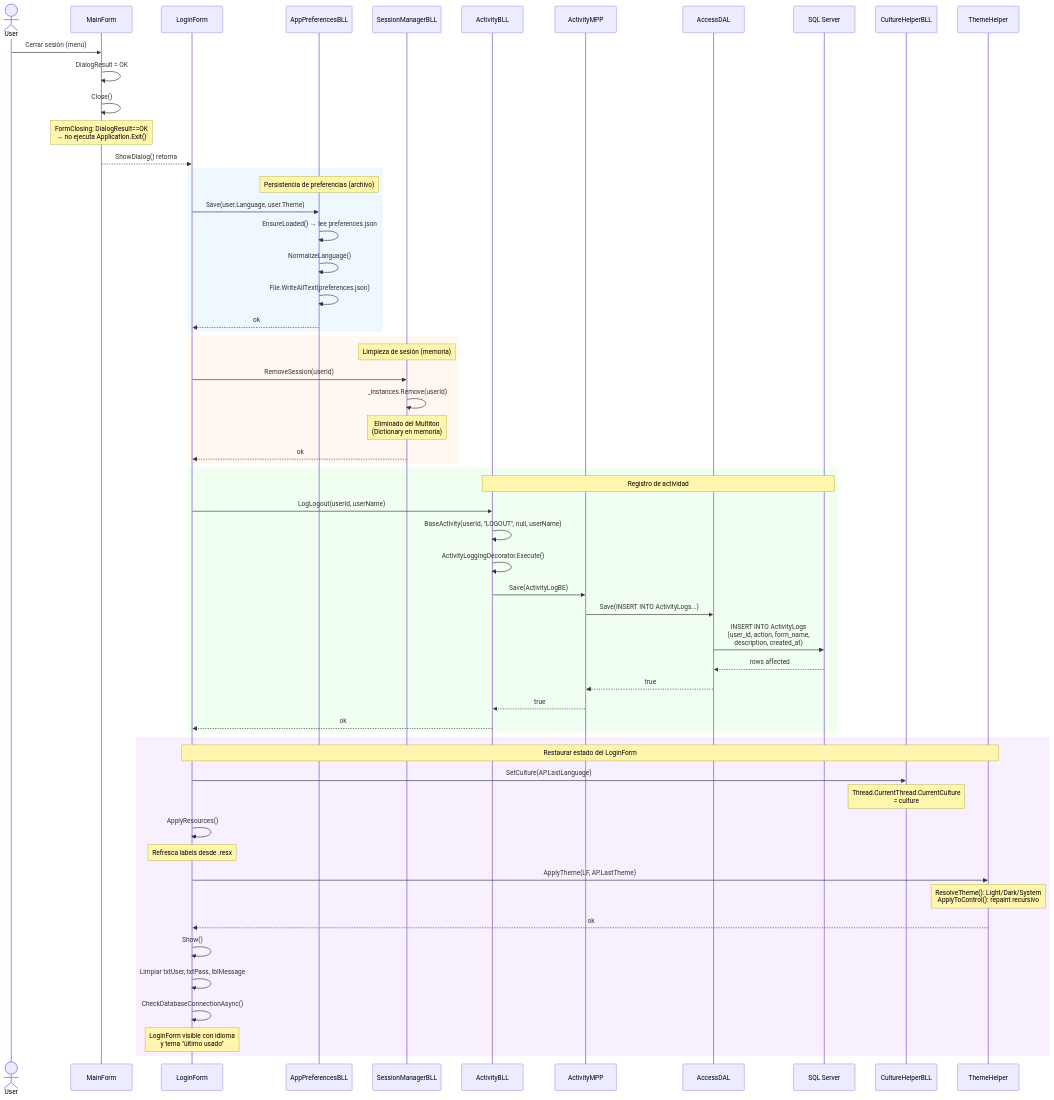
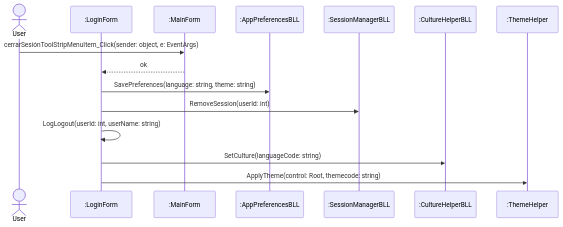
One commit to DarioZubaray/Proyecto-Final changed the diagram in docs/mermaid-live/secuencia-logout-completo.mmd. Above: the diagram before and after it, drawn with Mermaid. The commit also changed 19 other files, not shown here.

Commit message:
update mermaid live diagrams

```diff
--- a/docs/mermaid-live/secuencia-logout-completo.mmd
+++ b/docs/mermaid-live/secuencia-logout-completo.mmd
@@ -1,64 +1,16 @@
 sequenceDiagram
     actor User
-    participant MF as MainForm
-    participant LF as LoginForm
-    participant AP as AppPreferencesBLL
-    participant SM as SessionManagerBLL
-    participant Act as ActivityBLL
-    participant AMPP as ActivityMPP
-    participant DAL as AccessDAL
-    participant DB as SQL Server
-    participant CH as CultureHelperBLL
-    participant TH as ThemeHelper
+    participant LF as :LoginForm
+    participant MF as :MainForm
+    participant AP as :AppPreferencesBLL
+    participant SM as :SessionManagerBLL
+    participant CH as :CultureHelperBLL
+    participant TH as :ThemeHelper
 
-    User->>MF: Cerrar sesión (menú)
-    MF->>MF: DialogResult = OK
-    MF->>MF: Close()
-    Note over MF: FormClosing: DialogResult==OK<br/>→ no ejecuta Application.Exit()
-    MF-->>LF: ShowDialog() retorna
-
-    rect rgb(240, 248, 255)
-        Note over AP: Persistencia de preferencias (archivo)
-        LF->>AP: Save(user.Language, user.Theme)
-        AP->>AP: EnsureLoaded() → lee preferences.json
-        AP->>AP: NormalizeLanguage()
-        AP->>AP: File.WriteAllText(preferences.json)
-        AP-->>LF: ok
-    end
-
-    rect rgb(255, 248, 240)
-        Note over SM: Limpieza de sesión (memoria)
-        LF->>SM: RemoveSession(userId)
-        SM->>SM: _instances.Remove(userId)
-        Note over SM: Eliminado del Multiton<br/>(Dictionary en memoria)
-        SM-->>LF: ok
-    end
-
-    rect rgb(240, 255, 240)
-        Note over Act,DB: Registro de actividad
-        LF->>Act: LogLogout(userId, userName)
-        Act->>Act: BaseActivity(userId, "LOGOUT", null, userName)
-        Act->>Act: ActivityLoggingDecorator.Execute()
-        Act->>AMPP: Save(ActivityLogBE)
-        AMPP->>DAL: Save(INSERT INTO ActivityLogs...)
-        DAL->>DB: INSERT INTO ActivityLogs<br/>(user_id, action, form_name,<br/>description, created_at)
-        DB-->>DAL: rows affected
-        DAL-->>AMPP: true
-        AMPP-->>Act: true
-        Act-->>LF: ok
-    end
-
-    rect rgb(248, 240, 255)
-        Note over LF,TH: Restaurar estado del LoginForm
-        LF->>CH: SetCulture(AP.LastLanguage)
-        Note over CH: Thread.CurrentThread.CurrentCulture<br/>= culture
-        LF->>LF: ApplyResources()
-        Note over LF: Refresca labels desde .resx
-        LF->>TH: ApplyTheme(LF, AP.LastTheme)
-        Note over TH: ResolveTheme(): Light/Dark/System<br/>ApplyToControl(): repaint recursivo
-        TH-->>LF: ok
-        LF->>LF: Show()
-        LF->>LF: Limpiar txtUser, txtPass, lblMessage
-        LF->>LF: CheckDatabaseConnectionAsync()
-        Note over LF: LoginForm visible con idioma<br/>y tema "último usado"
-    end
+    User->>MF: cerrarSesiónToolStripMenuItem_Click(sender: object, e: EventArgs)
+    MF-->>LF: ok
+    LF->>AP: SavePreferences(language: string, theme: string)
+    LF->>SM: RemoveSession(userId: int)
+    LF->>LF: LogLogout(userId: int, userName: string)
+    LF->>CH: SetCulture(languageCode: string)
+    LF->>TH: ApplyTheme(control: Root, themecode: string)
```
